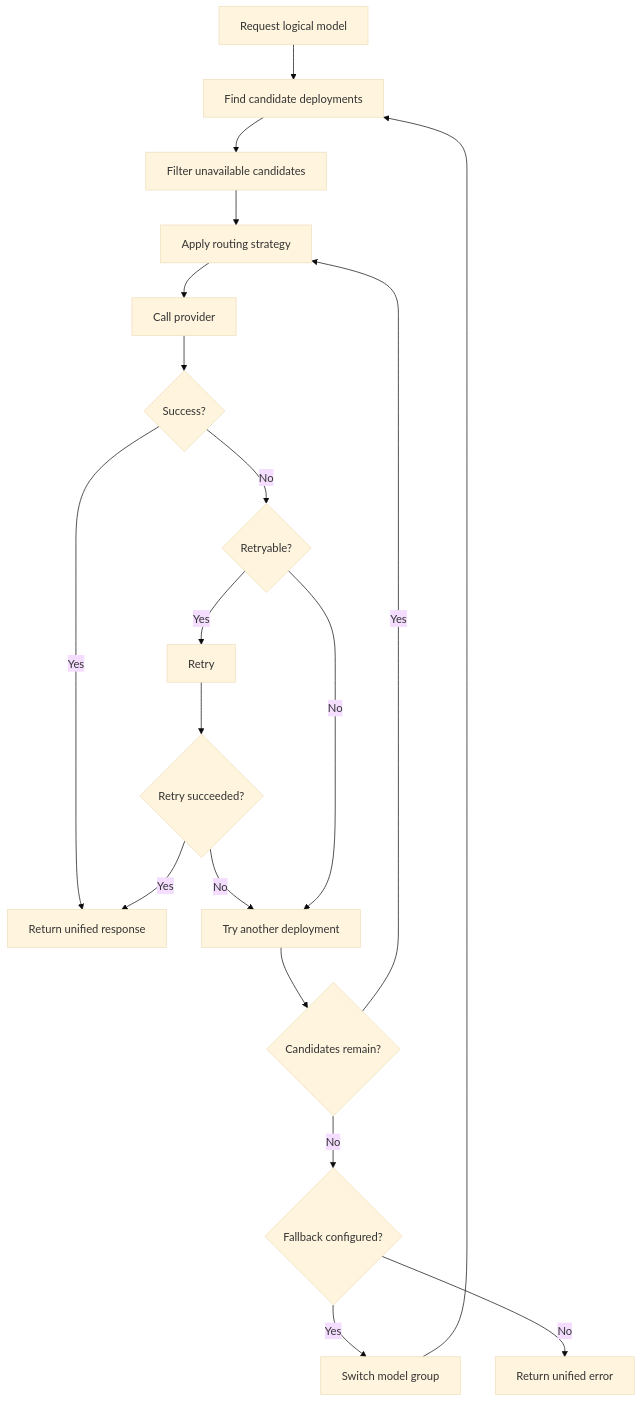
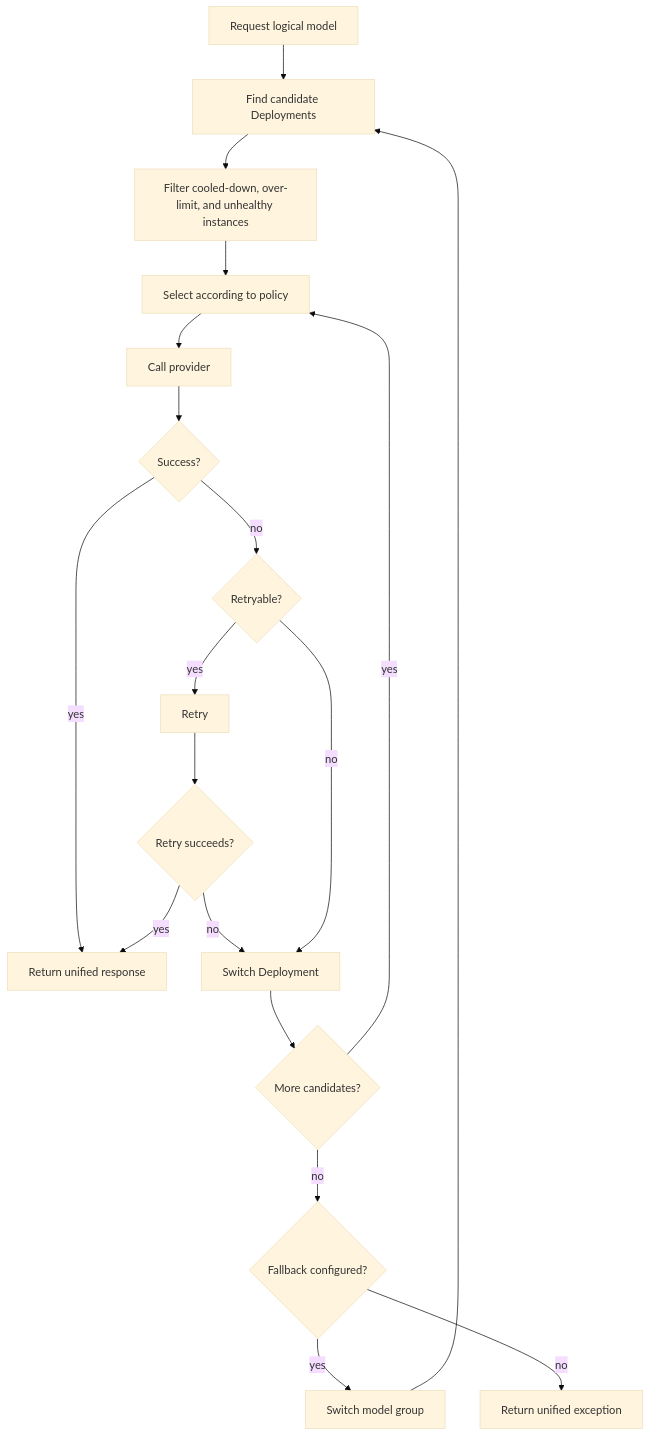
The fifth of 11 diagrams in website/i18n/en/docusaurus-plugin-content-docs/current/knowledge-base/guides/litellm-project-guide.md (zj75968-cpu/docusaurus), drawn with Mermaid (base theme) before and after one commit. The commit also changed other lines of this file and 1 other file, not shown here.

````diff
--- a/website/i18n/en/docusaurus-plugin-content-docs/current/knowledge-base/guides/litellm-project-guide.md
+++ b/website/i18n/en/docusaurus-plugin-content-docs/current/knowledge-base/guides/litellm-project-guide.md
@@ -223,20 +233,20 @@
 ```mermaid
 flowchart TD
-    A["Request logical model"] --> B["Find candidate deployments"]
-    B --> C["Filter unavailable candidates"]
-    C --> D["Apply routing strategy"]
+    A["Request logical model"] --> B["Find candidate Deployments"]
+    B --> C["Filter cooled-down, over-limit, and unhealthy instances"]
+    C --> D["Select according to policy"]
     D --> E["Call provider"]
     E --> F{"Success?"}
-    F -- Yes --> G["Return unified response"]
-    F -- No --> H{"Retryable?"}
-    H -- Yes --> I["Retry"]
-    I --> J{"Retry succeeded?"}
-    J -- Yes --> G
-    J -- No --> K["Try another deployment"]
-    H -- No --> K
-    K --> L{"Candidates remain?"}
-    L -- Yes --> D
-    L -- No --> M{"Fallback configured?"}
-    M -- Yes --> N["Switch model group"] --> B
-    M -- No --> O["Return unified error"]
+    F -- yes --> G["Return unified response"]
+    F -- no --> H{"Retryable?"}
+    H -- yes --> I["Retry"]
+    I --> J{"Retry succeeds?"}
+    J -- yes --> G
+    J -- no --> K["Switch Deployment"]
+    H -- no --> K
+    K --> L{"More candidates?"}
+    L -- yes --> D
+    L -- no --> M{"Fallback configured?"}
+    M -- yes --> N["Switch model group"] --> B
+    M -- no --> O["Return unified exception"]
 ```
````
